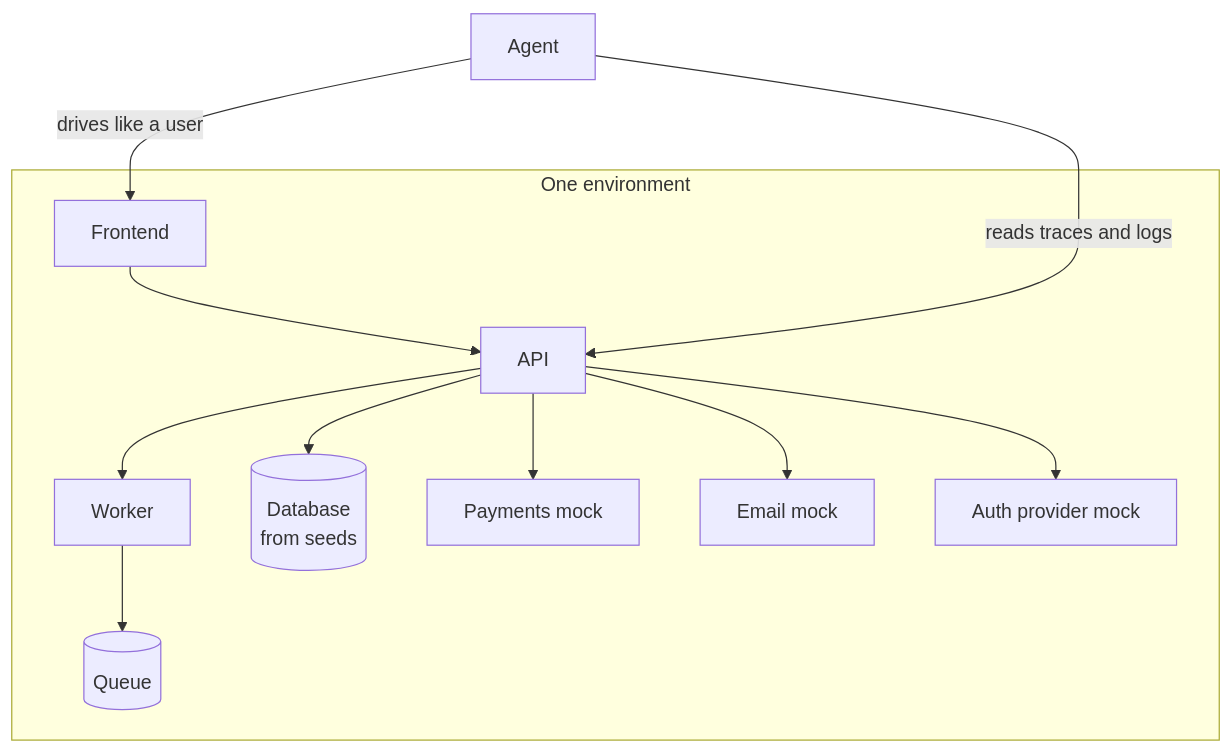
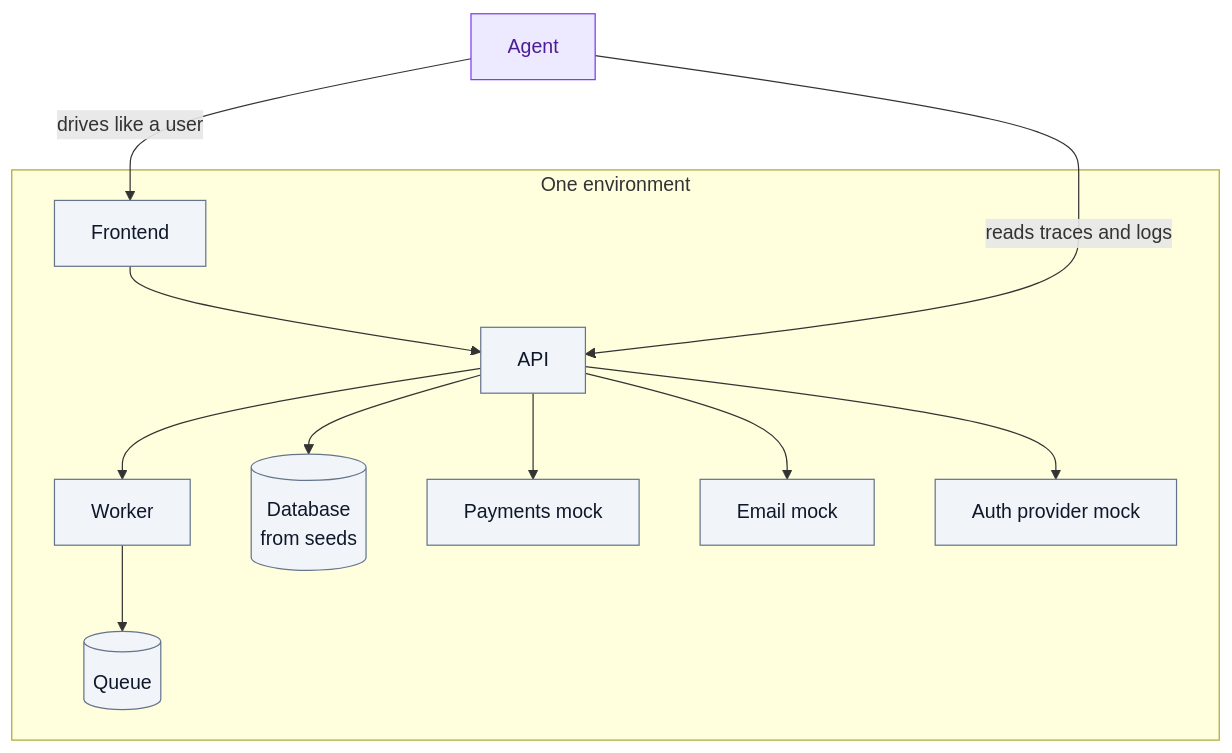
One commit to icelink-ai/software-factory-manifesto changed the diagram in docs/04-sandboxes/local-with-mocks.md. Above: the diagram before and after it, drawn with Mermaid. The commit also changed other lines of this file and 73 other files, not shown here.

````diff
--- a/docs/04-sandboxes/local-with-mocks.md
+++ b/docs/04-sandboxes/local-with-mocks.md
@@ -28,14 +36,19 @@
 ```mermaid
 flowchart TB
     subgraph Env["One environment"]
-        FE[Frontend] --> API[API]
-        API --> W[Worker]
-        API --> PG[("Database<br/>from seeds")]
-        W --> Q[(Queue)]
-        API --> PAY["Payments mock"]
-        API --> MAIL["Email mock"]
-        API --> IDP["Auth provider mock"]
+        FE["Frontend"]:::script --> API["API"]:::script
+        API --> W["Worker"]:::script
+        API --> PG[("Database<br/>from seeds")]:::script
+        W --> Q[("Queue")]:::script
+        API --> PAY["Payments mock"]:::script
+        API --> MAIL["Email mock"]:::script
+        API --> IDP["Auth provider mock"]:::script
     end
-    AG[Agent] -->|drives like a user| FE
+    AG["Agent"]:::agent -->|drives like a user| FE
     AG -->|reads traces and logs| API
+    classDef person fill:#dbeafe,stroke:#2563eb,color:#1e3a8a
+    classDef script fill:#f1f5f9,stroke:#64748b,color:#0f172a
+    classDef agent fill:#ede9fe,stroke:#7c3aed,color:#4c1d95
+    classDef state fill:#dcfce7,stroke:#16a34a,color:#14532d
+    classDef stop fill:#ffedd5,stroke:#ea580c,color:#7c2d12
 ```
````
